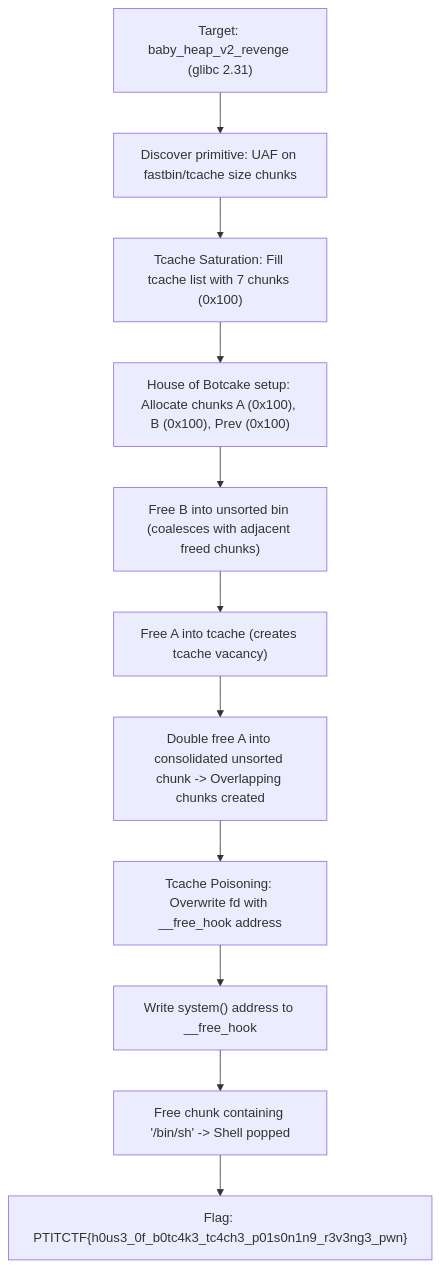
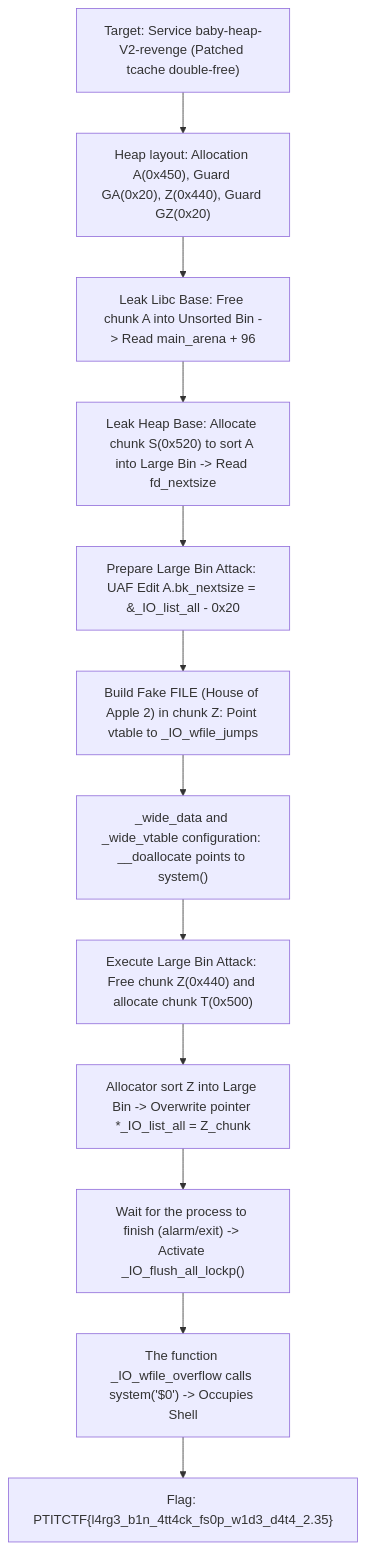
Before and after one commit to Lizamort1/ctf-writeups: the second of 2 diagrams in _posts/2026-08-23-baby-heap-v2-revenge.md, drawn with Mermaid. The commit also changed other lines of this file and 42 other files, not shown here.

Commit message:
fix: synchronize bilingual writeups and redraw diagrams

````diff
--- a/_posts/2026-08-23-baby-heap-v2-revenge.md
+++ b/_posts/2026-08-23-baby-heap-v2-revenge.md
@@ -180,13 +181,14 @@
 ```mermaid
 flowchart TD
-    A["Target: baby_heap_v2_revenge (glibc 2.31)"] --> B["Discover primitive: UAF on fastbin/tcache size chunks"]
-    B --> C["Tcache Saturation: Fill tcache list with 7 chunks (0x100)"]
-    C --> D["House of Botcake setup: Allocate chunks A (0x100), B (0x100), Prev (0x100)"]
-    D --> E["Free B into unsorted bin (coalesces with adjacent freed chunks)"]
-    E --> F["Free A into tcache (creates tcache vacancy)"]
-    F --> G["Double free A into consolidated unsorted chunk -> Overlapping chunks created"]
-    G --> H["Tcache Poisoning: Overwrite fd with __free_hook address"]
-    H --> I["Write system() address to __free_hook"]
-    I --> J["Free chunk containing '/bin/sh' -> Shell popped"]
-    J --> K["Flag: PTITCTF{h0us3_0f_b0tc4k3_tc4ch3_p01s0n1n9_r3v3ng3_pwn}"]
+    A["Target: Service baby-heap-V2-revenge (Patched tcache double-free)"] --> B["Heap layout: Allocation A(0x450), Guard GA(0x20), Z(0x440), Guard GZ(0x20)"]
+    B --> C["Leak Libc Base: Free chunk A into Unsorted Bin -> Read main_arena + 96"]
+    C --> D["Leak Heap Base: Allocate chunk S(0x520) to sort A into Large Bin -> Read fd_nextsize"]
+    D --> E["Prepare Large Bin Attack: UAF Edit A.bk_nextsize = &_IO_list_all - 0x20"]
+    E --> F["Build Fake FILE (House of Apple 2) in chunk Z: Point vtable to _IO_wfile_jumps"]
+    F --> G["_wide_data and _wide_vtable configuration: __doallocate points to system()"]
+    G --> H["Execute Large Bin Attack: Free chunk Z(0x440) and allocate chunk T(0x500)"]
+    H --> I["Allocator sort Z into Large Bin -> Overwrite pointer *_IO_list_all = Z_chunk"]
+    I --> J["Wait for the process to finish (alarm/exit) -> Activate _IO_flush_all_lockp()"]
+    J --> K["The function _IO_wfile_overflow calls system('$0') -> Occupies Shell"]
+    K --> L["Flag: PTITCTF{l4rg3_b1n_4tt4ck_fs0p_w1d3_d4t4_2.35}"]
 ```
````
